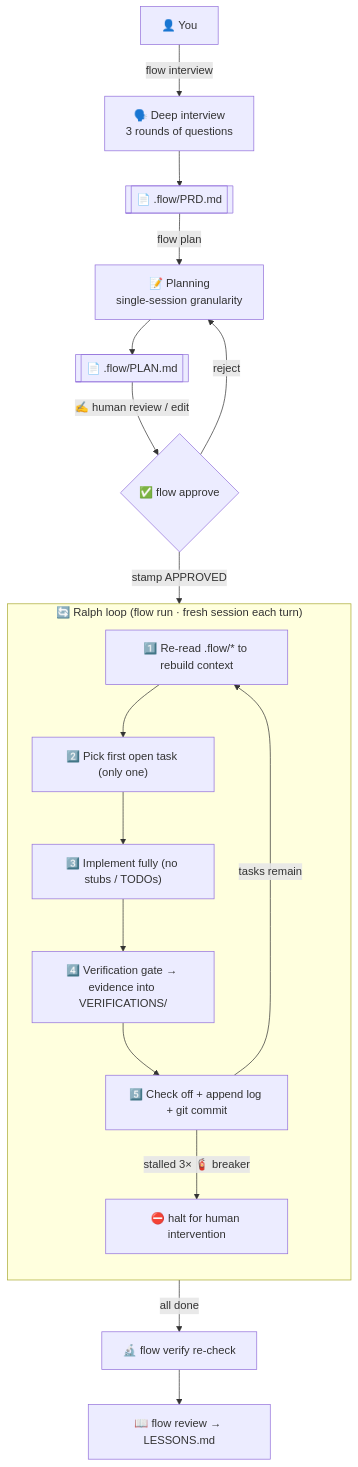
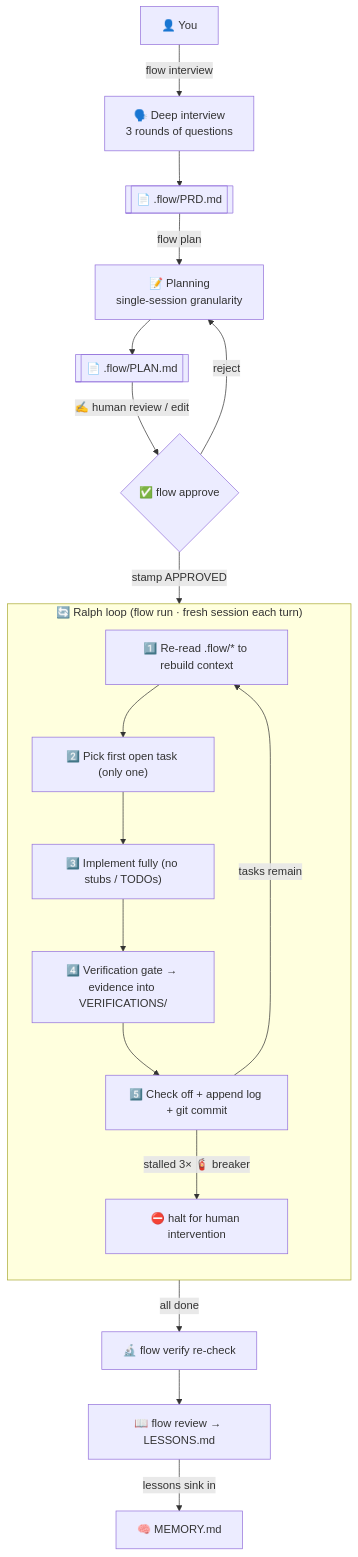
The diagram in README.en.md (KanQiXing/codex-autoflow), drawn with Mermaid before and after one commit. The commit also changed other lines of this file and 8 other files, not shown here.

First line of the commit message:
feat: flow-skills-hub + 全面重设计 README（第三波蒸馏）

````diff
--- a/README.en.md
+++ b/README.en.md
@@ -96,21 +224,22 @@
 ```mermaid
 flowchart TD
     U["👤 You"] -->|"flow interview"| I["🗣️ Deep interview<br/>3 rounds of questions"]
     I --> PRD[["📄 .flow/PRD.md"]]
     PRD -->|"flow plan"| P["📝 Planning<br/>single-session granularity"]
     P --> PLAN[["📄 .flow/PLAN.md"]]
     PLAN -->|"✍️ human review / edit"| A{"✅ flow approve"}
     A -->|"reject"| P
     A -->|"stamp APPROVED"| R
     subgraph R["🔄 Ralph loop (flow run · fresh session each turn)"]
         direction TB
         C1["1️⃣ Re-read .flow/* to rebuild context"] --> C2["2️⃣ Pick first open task (only one)"]
         C2 --> C3["3️⃣ Implement fully (no stubs / TODOs)"]
         C3 --> C4["4️⃣ Verification gate → evidence into VERIFICATIONS/"]
         C4 --> C5["5️⃣ Check off + append log + git commit"]
         C5 -->|"tasks remain"| C1
         C5 -->|"stalled 3× 🧯 breaker"| STOP["⛔ halt for human intervention"]
     end
     R -->|"all done"| V["🔬 flow verify re-check"]
     V --> RV["📖 flow review → LESSONS.md"]
+    RV -->|"lessons sink in"| MEM["🧠 MEMORY.md"]
 ```
````
